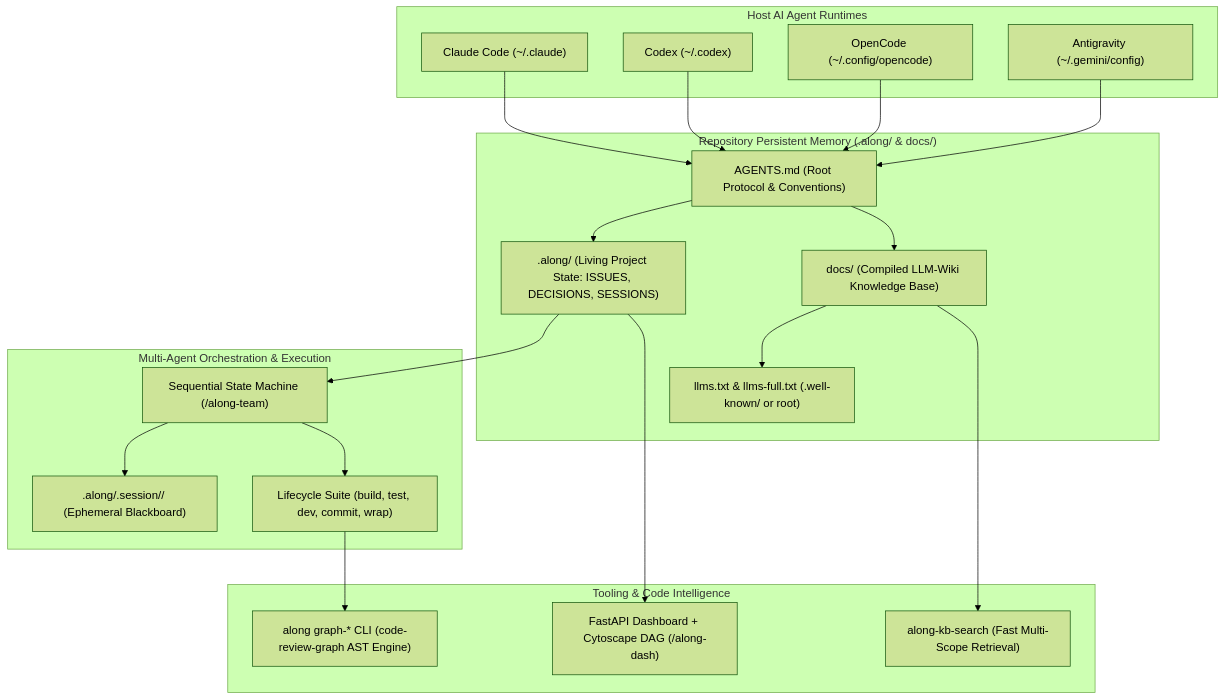
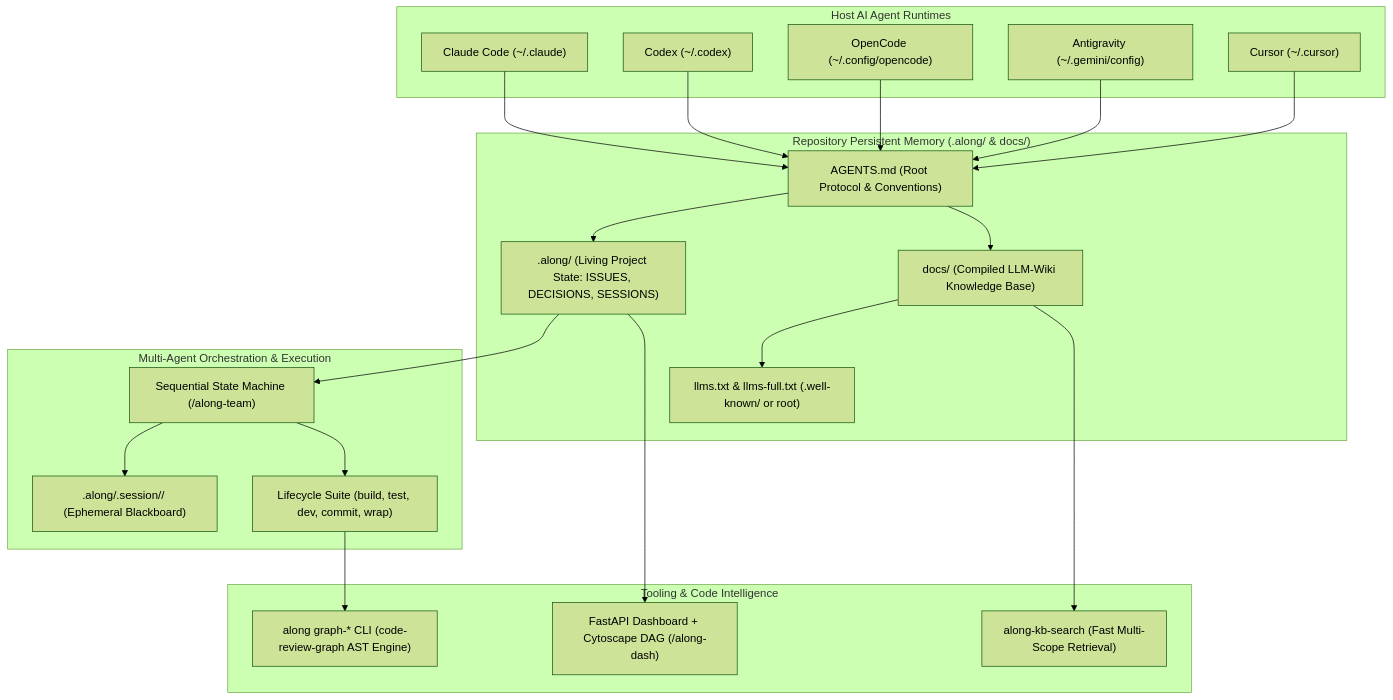
The first of 6 diagrams in docs/topic--architecture.md (actdim/along), drawn with Mermaid (forest theme) before and after one commit. The commit also changed other lines of this file and 35 other files, not shown here.

````diff
--- a/docs/topic--architecture.md
+++ b/docs/topic--architecture.md
@@ -28,43 +28,45 @@
 ```mermaid
 flowchart TD
     subgraph HostAgents["Host AI Agent Runtimes"]
         CC["Claude Code (~/.claude)"]
         CX["Codex (~/.codex)"]
         OC["OpenCode (~/.config/opencode)"]
         AG["Antigravity (~/.gemini/config)"]
+        CR["Cursor (~/.cursor)"]
     end
 
     subgraph MemoryLayer["Repository Persistent Memory (.along/ & docs/)"]
         AGENTS["AGENTS.md (Root Protocol & Conventions)"]
         ALONG_DIR[".along/ (Living Project State: ISSUES, DECISIONS, SESSIONS)"]
         DOCS["docs/ (Compiled LLM-Wiki Knowledge Base)"]
         EXPORTS["llms.txt & llms-full.txt (.well-known/ or root)"]
     end
 
     subgraph MultiAgentEngine["Multi-Agent Orchestration & Execution"]
         TEAM["Sequential State Machine (/along-team)"]
         BLACKBOARD[".along/.session/<slug>/ (Ephemeral Blackboard)"]
         LIFECYCLE["Lifecycle Suite (build, test, dev, commit, wrap)"]
     end
 
     subgraph ToolingAndAST["Tooling & Code Intelligence"]
         CRG["along graph-* CLI (code-review-graph AST Engine)"]
         WIKI_SEARCH["along-kb-search (Fast Multi-Scope Retrieval)"]
         DASH["FastAPI Dashboard + Cytoscape DAG (/along-dash)"]
     end
 
     CC --> AGENTS
     CX --> AGENTS
     OC --> AGENTS
     AG --> AGENTS
+    CR --> AGENTS
 
     AGENTS --> ALONG_DIR
     AGENTS --> DOCS
     DOCS --> EXPORTS
     ALONG_DIR --> TEAM
     TEAM --> BLACKBOARD
     TEAM --> LIFECYCLE
     LIFECYCLE --> CRG
     DOCS --> WIKI_SEARCH
     ALONG_DIR --> DASH
 ```
````
